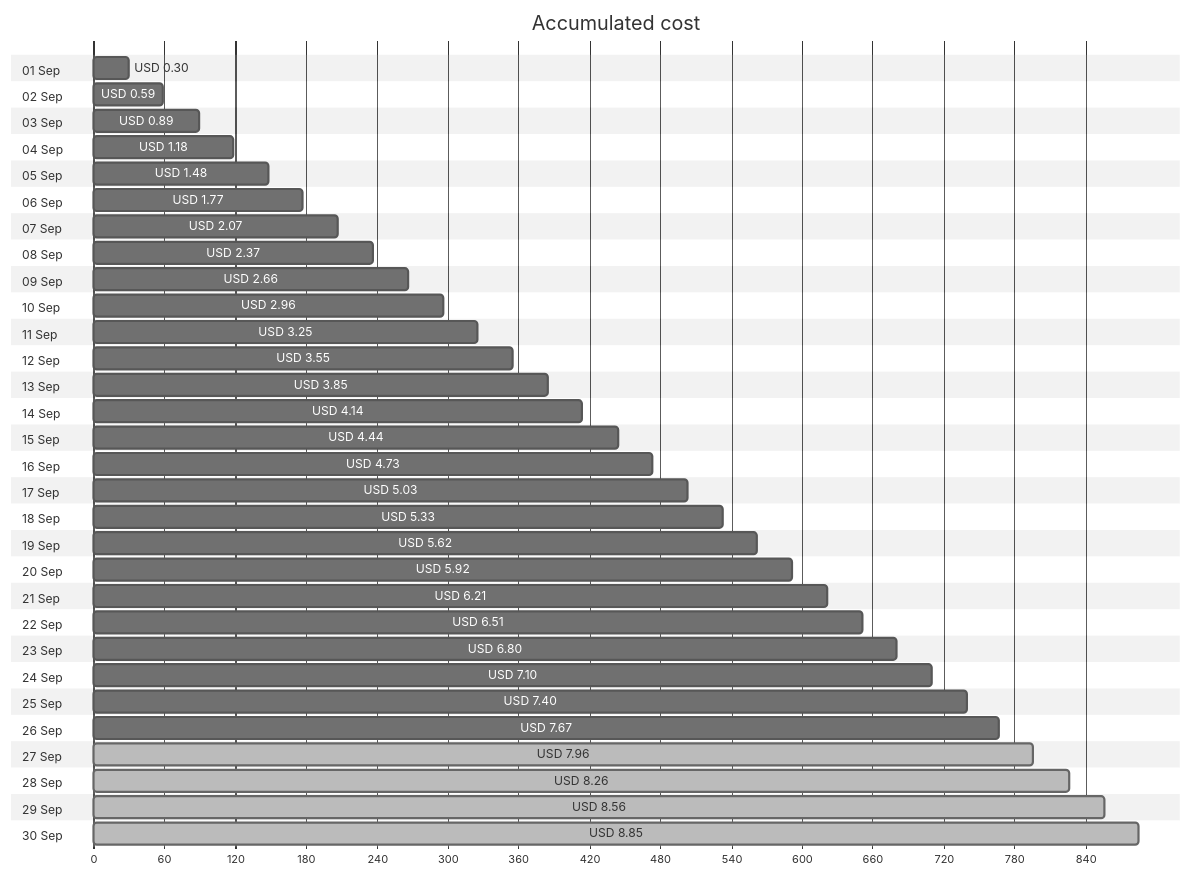
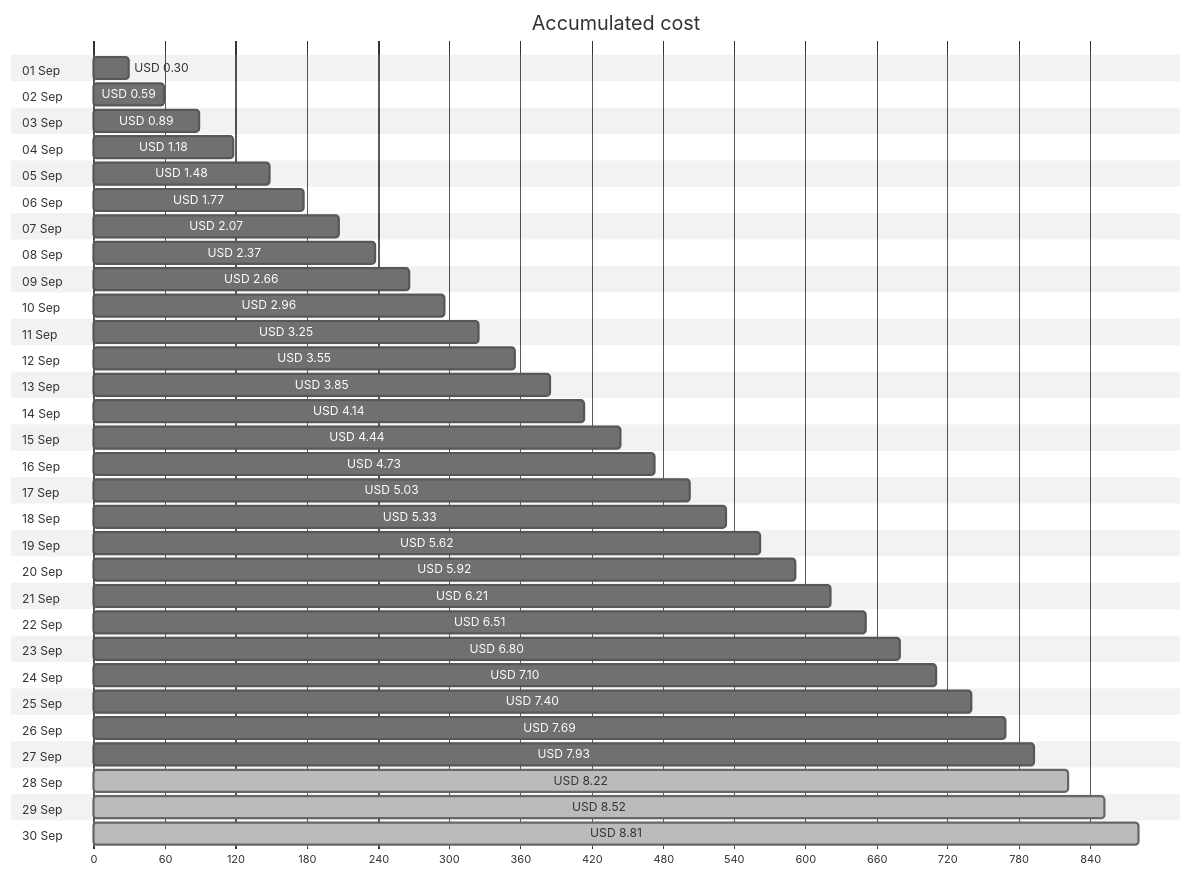
The first of 4 diagrams in cost-reports/personal-site/personal-site-preview.md (jpfulton/azure-personal-reports), drawn with Mermaid (neutral theme) before and after one commit. The commit also changed other lines of this file and 7 other files, not shown here.

````diff
--- a/cost-reports/personal-site/personal-site-preview.md
+++ b/cost-reports/personal-site/personal-site-preview.md
@@ -20,66 +20,66 @@
 ```mermaid
 gantt
    title Accumulated cost
    dateFormat  X
    axisFormat %s
    section 01 Sep
    USD 0.30 :0, 30
    section 02 Sep
    USD 0.59 :0, 59
    section 03 Sep
    USD 0.89 :0, 89
    section 04 Sep
    USD 1.18 :0, 118
    section 05 Sep
    USD 1.48 :0, 148
    section 06 Sep
    USD 1.77 :0, 177
    section 07 Sep
    USD 2.07 :0, 207
    section 08 Sep
    USD 2.37 :0, 237
    section 09 Sep
    USD 2.66 :0, 266
    section 10 Sep
    USD 2.96 :0, 296
    section 11 Sep
    USD 3.25 :0, 325
    section 12 Sep
    USD 3.55 :0, 355
    section 13 Sep
    USD 3.85 :0, 385
    section 14 Sep
    USD 4.14 :0, 414
    section 15 Sep
    USD 4.44 :0, 444
    section 16 Sep
    USD 4.73 :0, 473
    section 17 Sep
    USD 5.03 :0, 503
    section 18 Sep
    USD 5.33 :0, 533
    section 19 Sep
    USD 5.62 :0, 562
    section 20 Sep
    USD 5.92 :0, 592
    section 21 Sep
    USD 6.21 :0, 621
    section 22 Sep
    USD 6.51 :0, 651
    section 23 Sep
    USD 6.80 :0, 680
    section 24 Sep
    USD 7.10 :0, 710
    section 25 Sep
    USD 7.40 :0, 740
    section 26 Sep
-   USD 7.67 :0, 767
+   USD 7.69 :0, 769
    section 27 Sep
-   USD 7.96 : done, 0, 796
+   USD 7.93 :0, 793
    section 28 Sep
-   USD 8.26 : done, 0, 826
+   USD 8.22 : done, 0, 822
    section 29 Sep
-   USD 8.56 : done, 0, 856
+   USD 8.52 : done, 0, 852
    section 30 Sep
-   USD 8.85 : done, 0, 885
+   USD 8.81 : done, 0, 881
 ```
````
